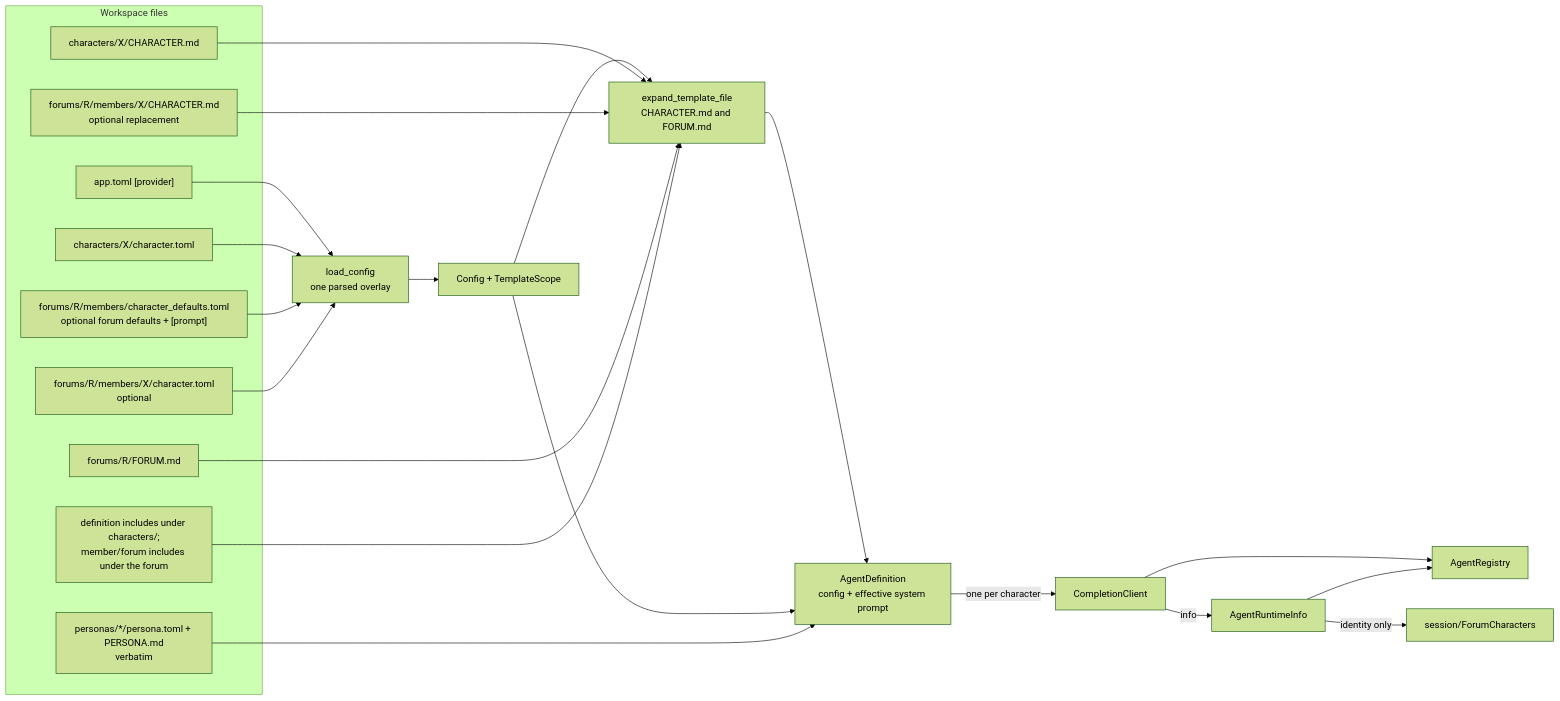
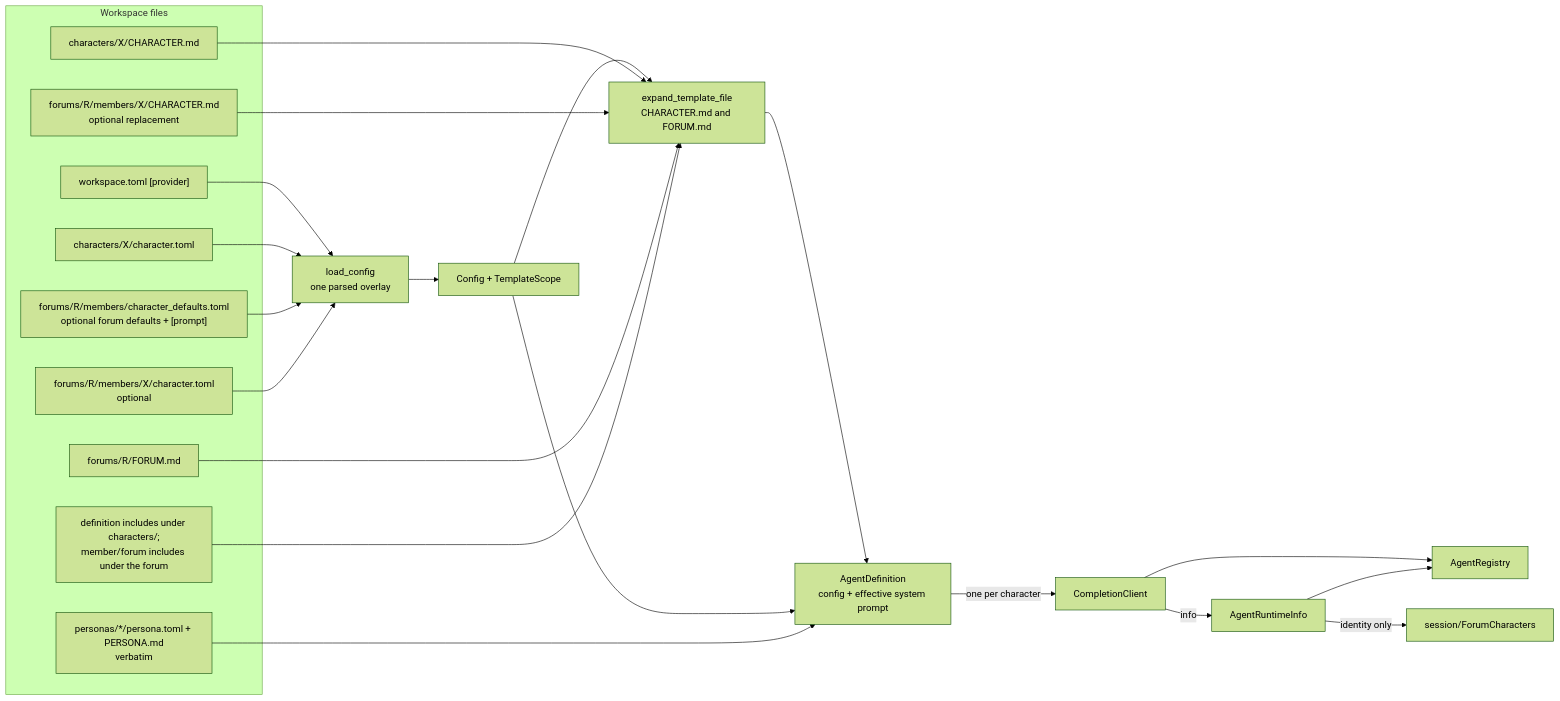
Before and after one commit to michaelpopov/cha: the first of 4 diagrams in src/agents/README.md, drawn with Mermaid (forest theme). The commit also changed 79 other files, not shown here.

````diff
--- a/src/agents/README.md
+++ b/src/agents/README.md
@@ -25,33 +25,33 @@
 ```mermaid
 flowchart LR
     subgraph disk["Workspace files"]
-        app_cfg["app.toml [provider]"]
+        app_cfg["workspace.toml [provider]"]
         definition_cfg["characters/X/character.toml"]
         definition_prompt["characters/X/CHARACTER.md"]
         base["forums/R/members/character_defaults.toml<br/>optional forum defaults + [prompt]"]
         member_cfg["forums/R/members/X/character.toml<br/>optional"]
         member_prompt["forums/R/members/X/CHARACTER.md<br/>optional replacement"]
         usr["forums/R/FORUM.md"]
         roster["personas/*/persona.toml + PERSONA.md<br/>verbatim"]
         shared["definition includes under characters/;<br/>member/forum includes under the forum"]
     end
 
     app_cfg --> load["load_config<br/>one parsed overlay"]
     definition_cfg --> load
     base --> load
     member_cfg --> load
     load --> conf["Config + TemplateScope"]
     conf --> expand["expand_template_file<br/>CHARACTER.md and FORUM.md"]
     definition_prompt --> expand
     member_prompt --> expand
     usr --> expand
     shared --> expand
     expand --> def["AgentDefinition<br/>config + effective system prompt"]
     conf --> def
     roster --> def
     def -->|"one per character"| client["CompletionClient"]
     client --> registry["AgentRegistry"]
     client -->|"info"| runtime["AgentRuntimeInfo"]
     runtime --> registry
     runtime -->|"identity only"| characters["session/ForumCharacters"]
 ```
````
